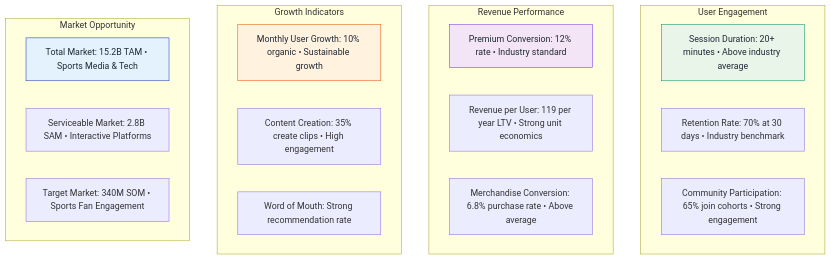
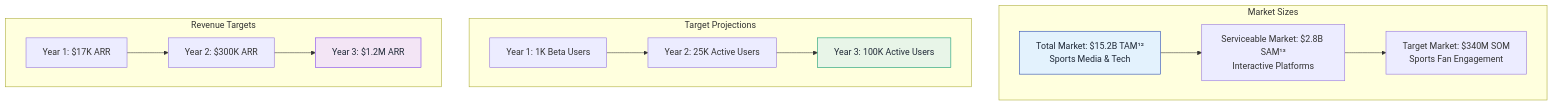
Before and after one commit to SkaFld-Ignite/ref-u-wireframes: the seventh of 7 diagrams in docs/investor-flows.md, drawn with Mermaid. The commit also changed other lines of this file, not shown here.

Commit message:
Update investor flows with accurate pre-beta stage and working citations

````diff
--- a/docs/investor-flows.md
+++ b/docs/investor-flows.md
@@ -424,31 +281,28 @@
 ```mermaid
 graph TB
-    subgraph "User Engagement"
-        A1[Session Duration: 20+ minutes • Above industry average]
-        A2[Retention Rate: 70% at 30 days • Industry benchmark]
-        A3[Community Participation: 65% join cohorts • Strong engagement]
+    subgraph "Market Sizes"
+        D1[Total Market: $15.2B TAM¹²<br/>Sports Media & Tech]
+        D2[Serviceable Market: $2.8B SAM¹³<br/>Interactive Platforms]
+        D3[Target Market: $340M SOM<br/>Sports Fan Engagement]
     end
     
-    subgraph "Revenue Performance"
-        B1[Premium Conversion: 12% rate • Industry standard]
-        B2[Revenue per User: 119 per year LTV • Strong unit economics]
-        B3[Merchandise Conversion: 6.8% purchase rate • Above average]
+    subgraph "Target Projections"
+        A1[Year 1: 1K Beta Users]
+        A2[Year 2: 25K Active Users]
+        A3[Year 3: 100K Active Users]
     end
     
-    subgraph "Growth Indicators"
-        C1[Monthly User Growth: 10% organic • Sustainable growth]
-        C2[Content Creation: 35% create clips • High engagement]
-        C3[Word of Mouth: Strong recommendation rate]
+    subgraph "Revenue Targets"
+        B1[Year 1: $17K ARR]
+        B2[Year 2: $300K ARR]
+        B3[Year 3: $1.2M ARR]
     end
     
-    subgraph "Market Opportunity"
-        D1[Total Market: 15.2B TAM • Sports Media & Tech]
-        D2[Serviceable Market: 2.8B SAM • Interactive Platforms]
-        D3[Target Market: 340M SOM • Sports Fan Engagement]
-    end
+    D1 --> D2 --> D3
+    A1 --> A2 --> A3
+    B1 --> B2 --> B3
     
-    style A1 fill:#e8f5e8,stroke:#059669,color:#1f2937
-    style B1 fill:#f3e5f5,stroke:#7c3aed,color:#1f2937
-    style C1 fill:#fff3e0,stroke:#ea580c,color:#1f2937
     style D1 fill:#e3f2fd,stroke:#1e40af,color:#1f2937
+    style A3 fill:#e8f5e8,stroke:#059669,color:#1f2937
+    style B3 fill:#f3e5f5,stroke:#7c3aed,color:#1f2937
 ```
````
